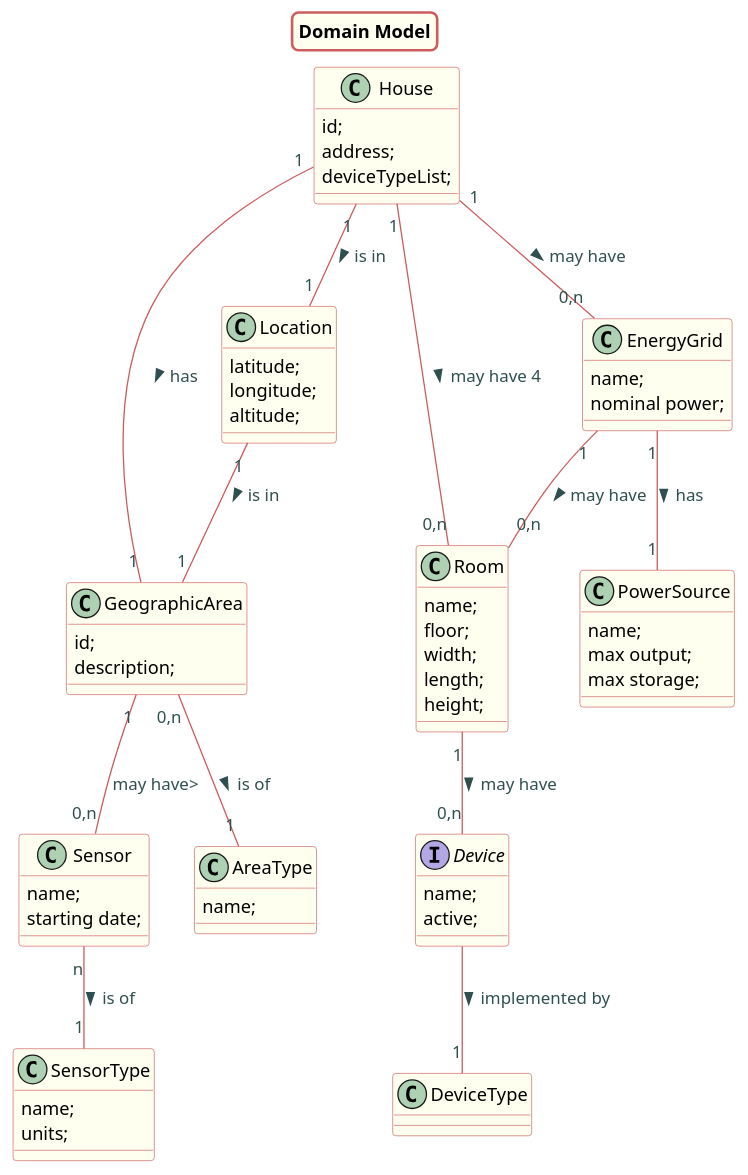
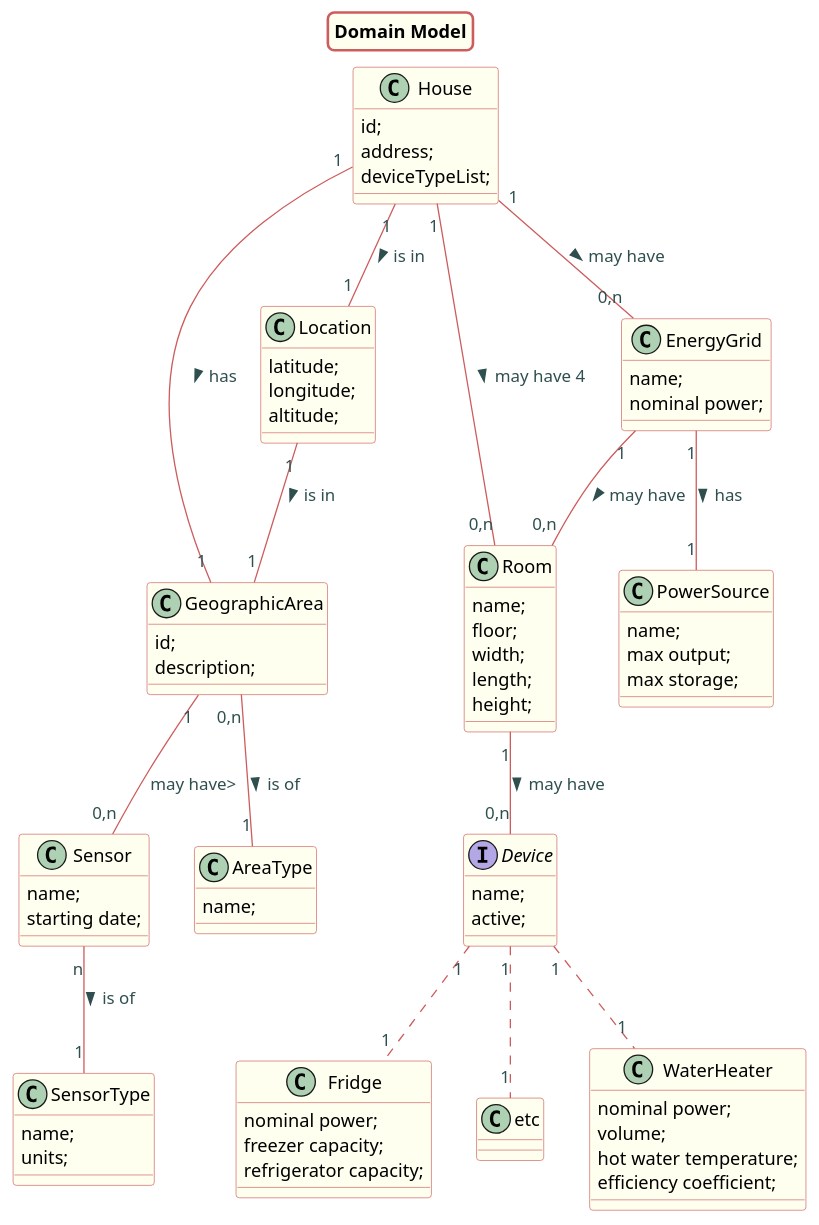
The diagram in src/doc/DomainModel/DomainModel.puml (Almadanmp/project), drawn with PlantUML before and after one commit.

Commit message:
ref #169

```diff
--- a/src/doc/DomainModel/DomainModel.puml
+++ b/src/doc/DomainModel/DomainModel.puml
@@ -1,91 +1,107 @@
 @startuml
 title Domain Model
 
 skinparam titleBorderRoundCorner 10
 skinparam titleBorderThickness 2
 skinparam titleBorderColor indianred
 skinparam titleBackgroundColor ivory
 skinparam FontName verdana
 
 skinparam class {
  	BorderColor indianred
  	BackgroundColor indianred
  	BackgroundColor ivory
     roundcorner 10
     ArrowFontName Verdana
     ArrowColor indianred
     ArrowFontColor darkslategrey
  }
 
 class House
 
 House "1" -- "1" GeographicArea : has >
 House "1" -- "0,n" Room : may have 4 >
 House "1" -- "0,n" EnergyGrid: may have >
 EnergyGrid "1" -- "1" PowerSource: has >
 EnergyGrid "1" -- "0,n" Room: may have >
 Room "1" -- "0,n" Device : may have >
 House "1" -- "1" Location :  is in >
 Location "1" -- "1" GeographicArea: is in >
 GeographicArea "0,n" -- "1" AreaType: is of >
 GeographicArea "1" -- "0,n" Sensor: may have>
 Sensor "n" -- "1" SensorType: is of >
-Device -- "1" DeviceType: implemented by >
+Device "1" .. "1" WaterHeater
+Device "1" .. "1" Fridge
+Device "1" .. "1" etc
 
 
 class Room {
 name;
 floor;
 width;
 length;
 height;
 }
 
 class House {
 id;
 address;
 deviceTypeList;
 }
 
 class Location {
 latitude;
 longitude;
 altitude;
 }
 
 class EnergyGrid{
 name;
 nominal power;
 }
 
 class PowerSource{
 name;
 max output;
 max storage;
 }
 
 Interface Device{
 name;
 active;
 }
 
 class GeographicArea{
 id;
 description;
 }
 
 class Sensor{
 name;
 starting date;
 }
 
 class AreaType{
 name;
 }
 
 class SensorType{
-name;
-units;
-}
+ name;
+ units;
+ }
+
+ class WaterHeater{
+ nominal power;
+ volume;
+ hot water temperature;
+ efficiency coefficient;
+ }
+
+ class Fridge{
+ nominal power;
+ freezer capacity;
+ refrigerator capacity;
+ }
+
 
 @enduml
```
